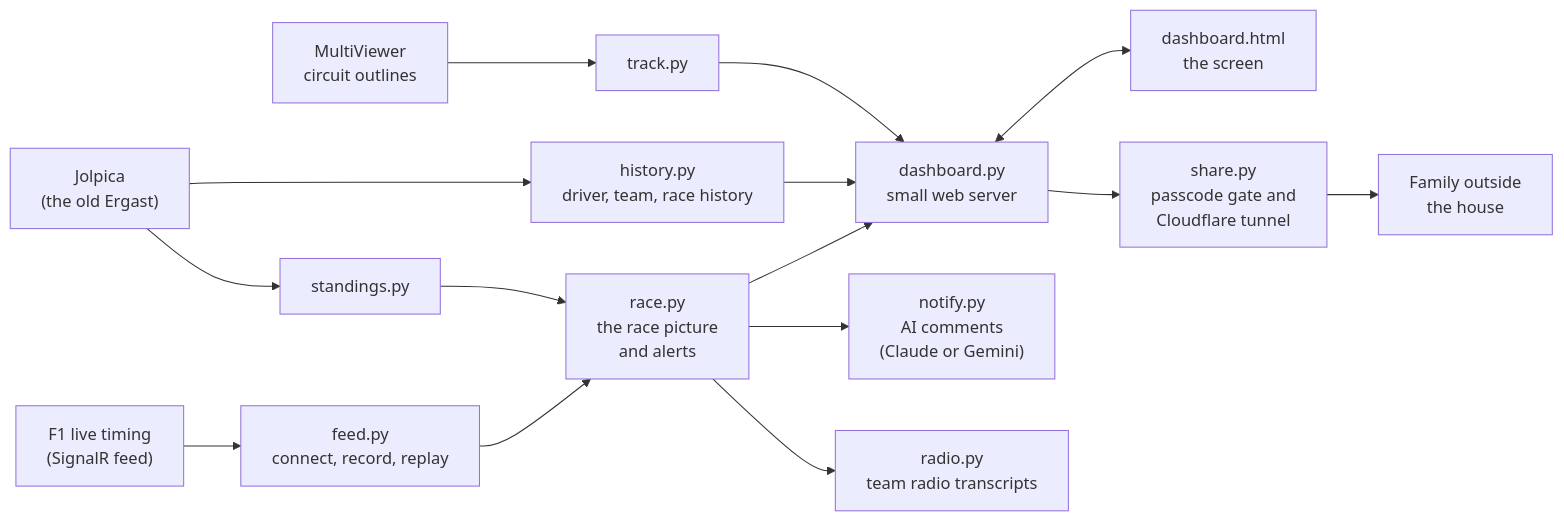
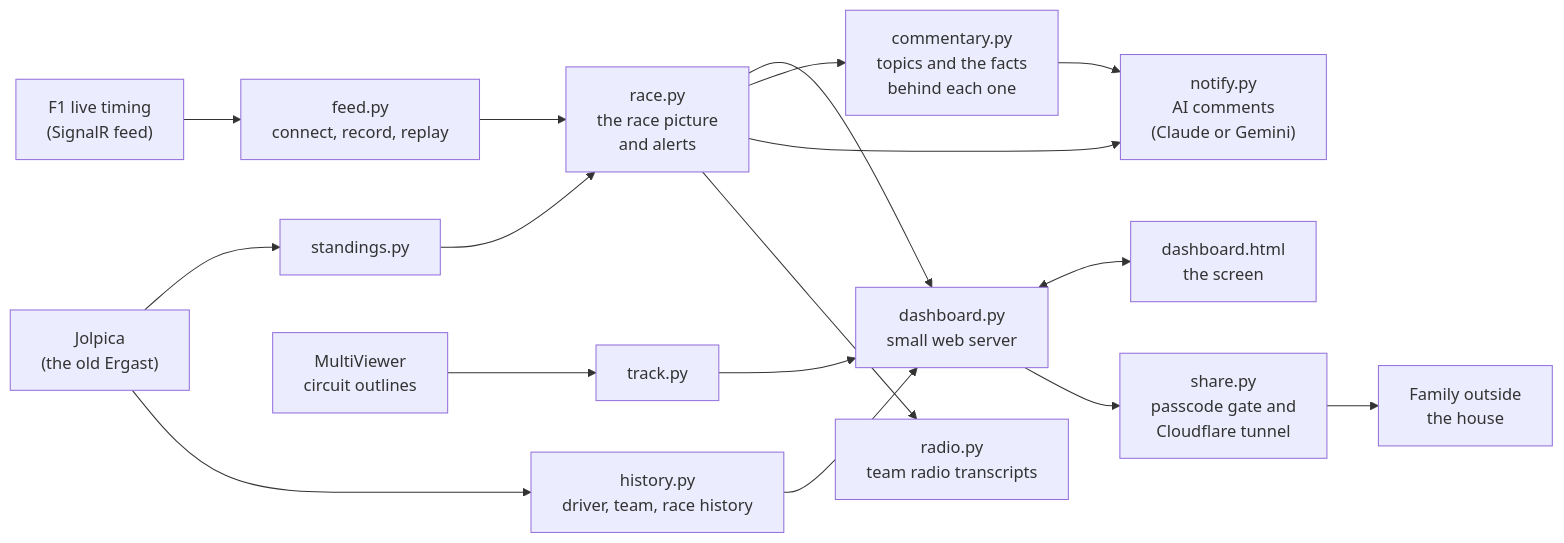
One commit to cs97jjm3/race-weekend-dashboard changed the diagram in HOW-IT-WORKS.md. Above: the diagram before and after it, drawn with Mermaid. The commit also changed other lines of this file and 8 other files, not shown here.

````diff
--- a/HOW-IT-WORKS.md
+++ b/HOW-IT-WORKS.md
@@ -13,16 +13,18 @@
 ```mermaid
 flowchart LR
     F1["F1 live timing<br/>(SignalR feed)"] --> feed["feed.py<br/>connect, record, replay"]
     feed --> race["race.py<br/>the race picture<br/>and alerts"]
     race --> dash["dashboard.py<br/>small web server"]
     dash <--> page["dashboard.html<br/>the screen"]
-    race --> notify["notify.py<br/>AI comments<br/>(Claude or Gemini)"]
+    race --> comm["commentary.py<br/>topics and the facts<br/>behind each one"]
+    comm --> notify["notify.py<br/>AI comments<br/>(Claude or Gemini)"]
+    race --> notify
     race --> radio["radio.py<br/>team radio transcripts"]
     jolpica["Jolpica<br/>(the old Ergast)"] --> standings["standings.py"]
     jolpica --> history["history.py<br/>driver, team, race history"]
     standings --> race
     history --> dash
     mv["MultiViewer<br/>circuit outlines"] --> track["track.py"] --> dash
     dash --> share["share.py<br/>passcode gate and<br/>Cloudflare tunnel"]
     share --> family["Family outside<br/>the house"]
 ```
````
